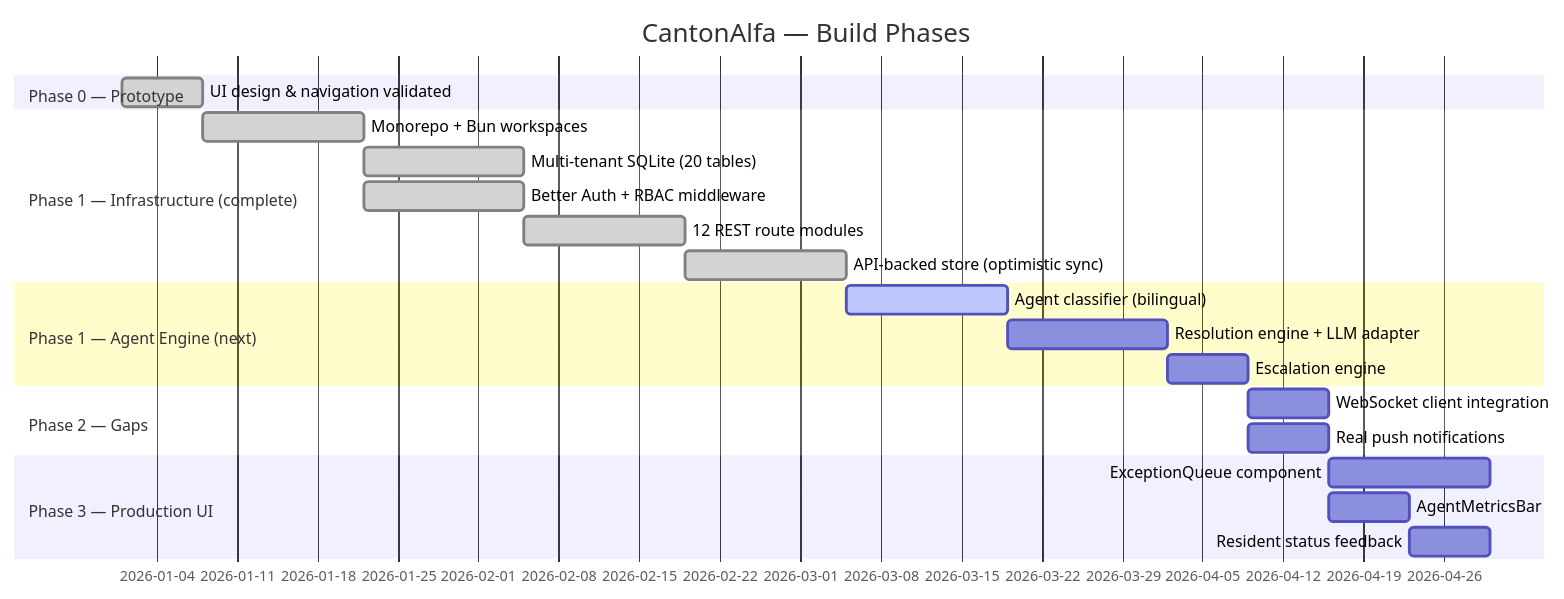
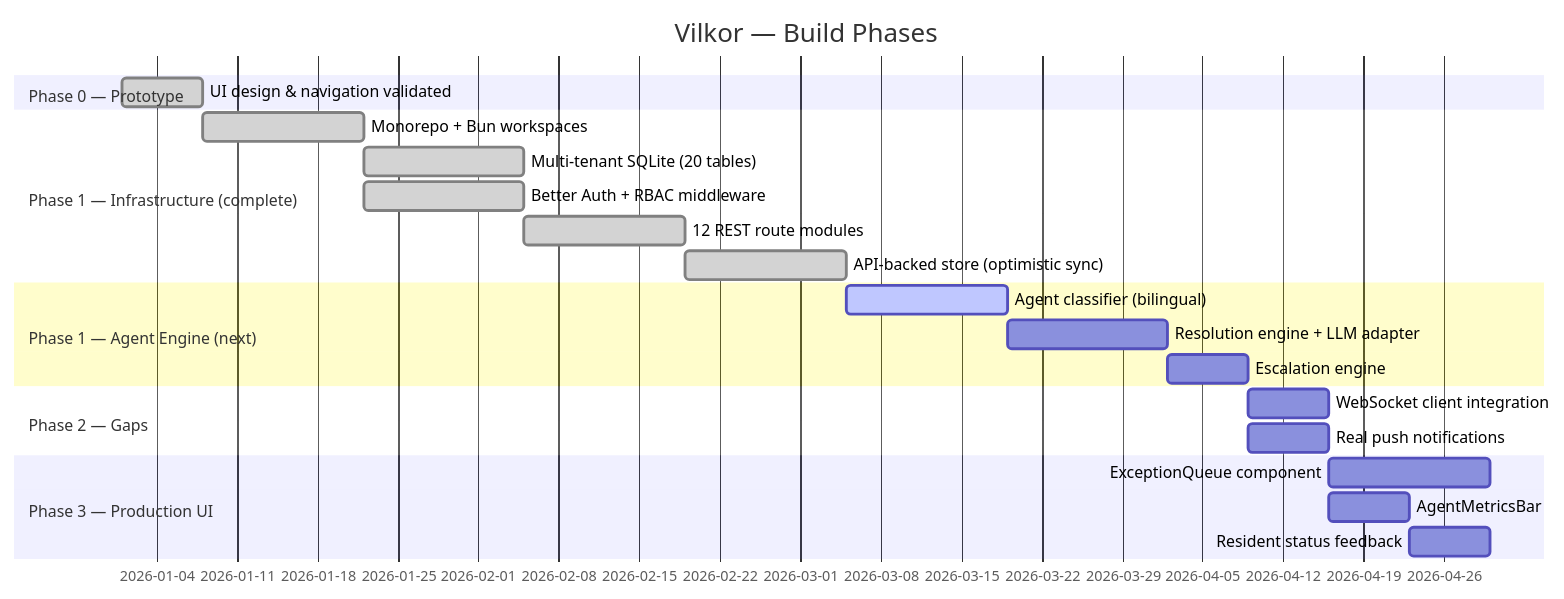
The eighth of 8 diagrams in README.md (antonoriza/VilkorTheWebsite), drawn with Mermaid before and after one commit. The commit also changed other lines of this file and 36 other files, not shown here.

````diff
--- a/README.md
+++ b/README.md
@@ -313,24 +313,24 @@
 ```mermaid
 gantt
-    title CantonAlfa — Build Phases
+    title Vilkor — Build Phases
     dateFormat  YYYY-MM
     section Phase 0 — Prototype
     UI design & navigation validated     :done, p0, 2026-01, 1w
     section Phase 1 — Infrastructure (complete)
     Monorepo + Bun workspaces            :done, p1a, after p0, 2w
     Multi-tenant SQLite (20 tables)      :done, p1b, after p1a, 2w
     Better Auth + RBAC middleware        :done, p1c, after p1a, 2w
     12 REST route modules                :done, p1e, after p1b, 2w
     API-backed store (optimistic sync)   :done, p1f, after p1e, 2w
     section Phase 1 — Agent Engine (next)
     Agent classifier (bilingual)         :active, p1g, after p1f, 2w
     Resolution engine + LLM adapter      :p1h, after p1g, 2w
     Escalation engine                    :p1i, after p1h, 1w
     section Phase 2 — Gaps
     WebSocket client integration         :p2a, after p1i, 1w
     Real push notifications              :p2b, after p1i, 1w
     section Phase 3 — Production UI
     ExceptionQueue component             :p3a, after p2a, 2w
     AgentMetricsBar                      :p3b, after p2a, 1w
     Resident status feedback             :p3c, after p3b, 1w
 ```
````
